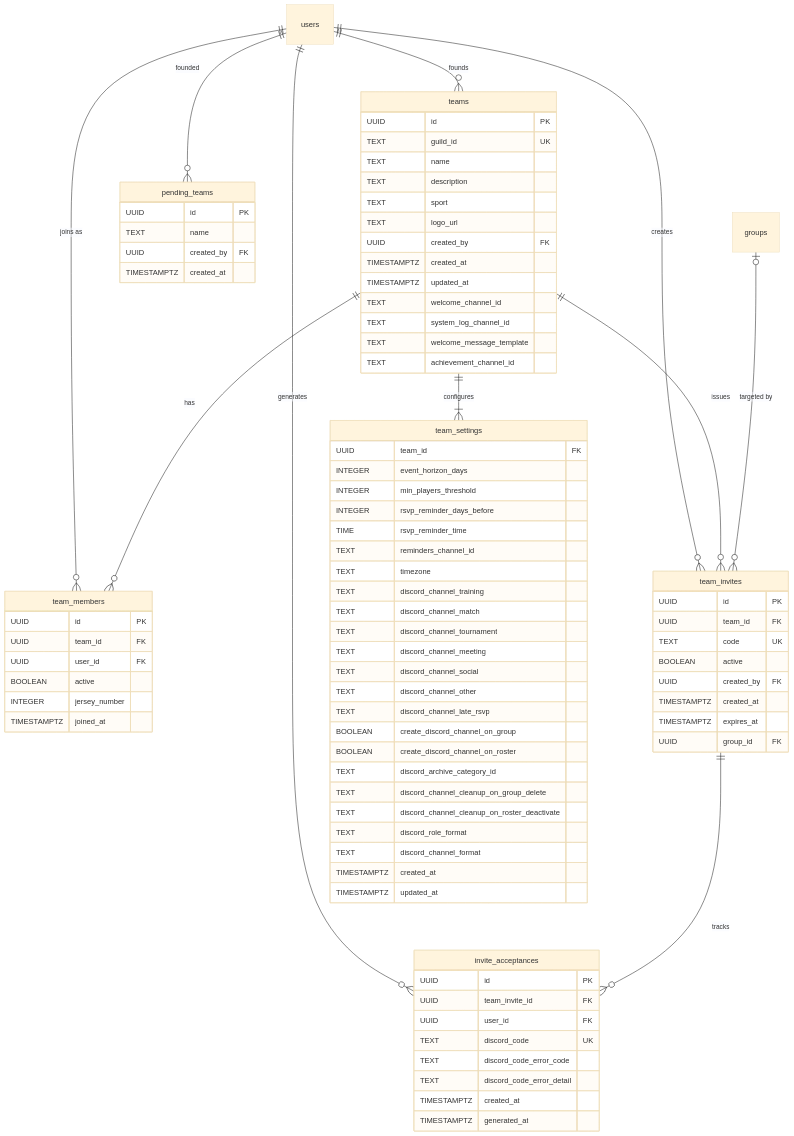
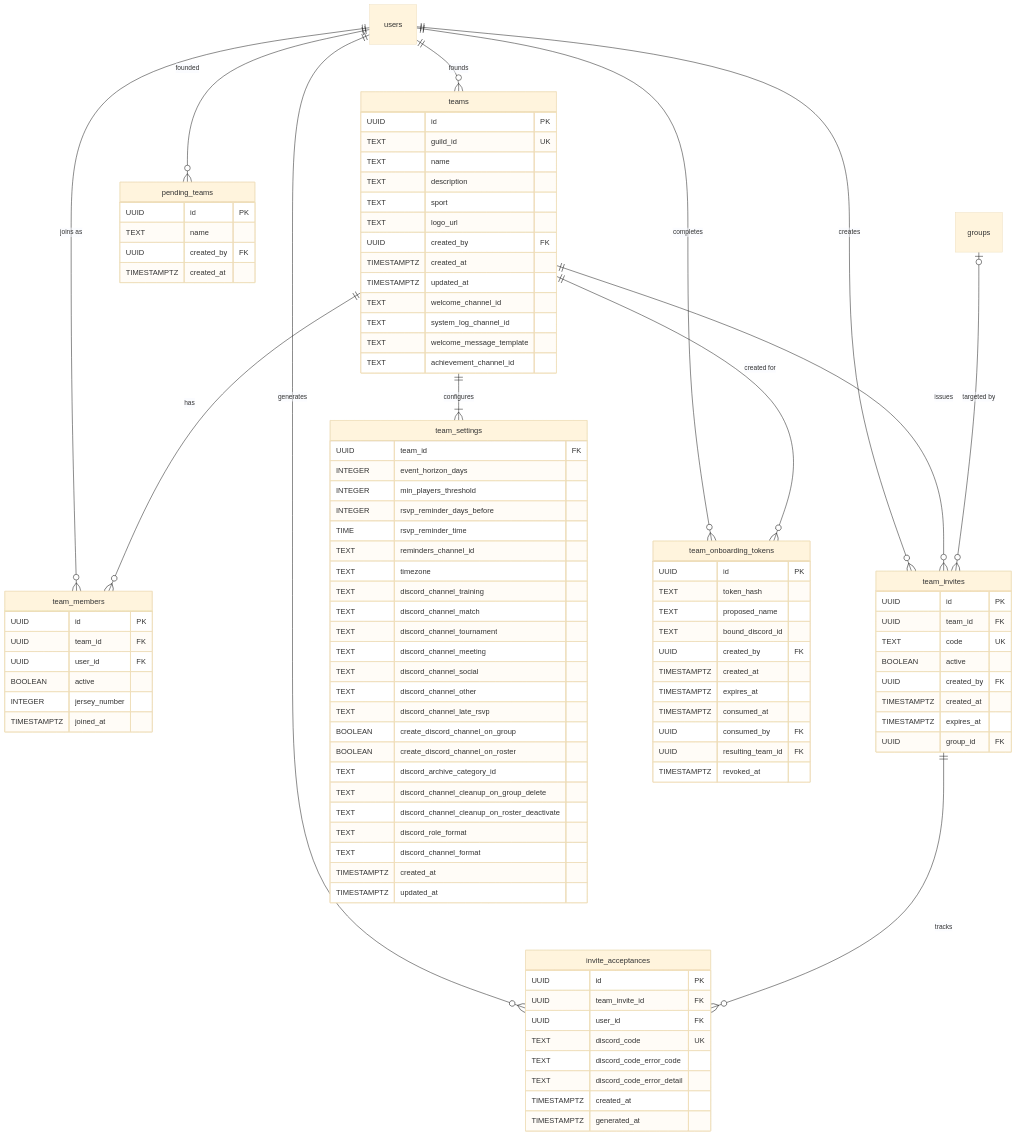
One commit to sideline-cz/sideline changed the third of 15 diagrams in docs/thesis/er-diagram.md. Above: the diagram before and after it, drawn with Mermaid (base theme). The commit also changed other lines of this file and 67 other files, not shown here.

First line of the commit message:
feat: admin-mediated team onboarding via single-use Discord-bound tokens (#326)

````diff
--- a/docs/thesis/er-diagram.md
+++ b/docs/thesis/er-diagram.md
@@ -252,14 +254,30 @@
         TIMESTAMPTZ created_at
     }
 
+    team_onboarding_tokens {
+        UUID id PK
+        TEXT token_hash
+        TEXT proposed_name
+        TEXT bound_discord_id
+        UUID created_by FK
+        TIMESTAMPTZ created_at
+        TIMESTAMPTZ expires_at
+        TIMESTAMPTZ consumed_at
+        UUID consumed_by FK
+        UUID resulting_team_id FK
+        TIMESTAMPTZ revoked_at
+    }
+
     users ||--o{ teams : "founds"
     users ||--o{ team_members : "joins as"
     users ||--o{ team_invites : "creates"
     users ||--o{ invite_acceptances : "generates"
     users ||--o{ pending_teams : "founded"
+    users ||--o{ team_onboarding_tokens : "completes"
     teams ||--o{ team_members : "has"
     teams ||--o{ team_invites : "issues"
     teams ||--|{ team_settings : "configures"
+    teams ||--o{ team_onboarding_tokens : "created for"
     groups o|--o{ team_invites : "targeted by"
     team_invites ||--o{ invite_acceptances : "tracks"
 ```
````
